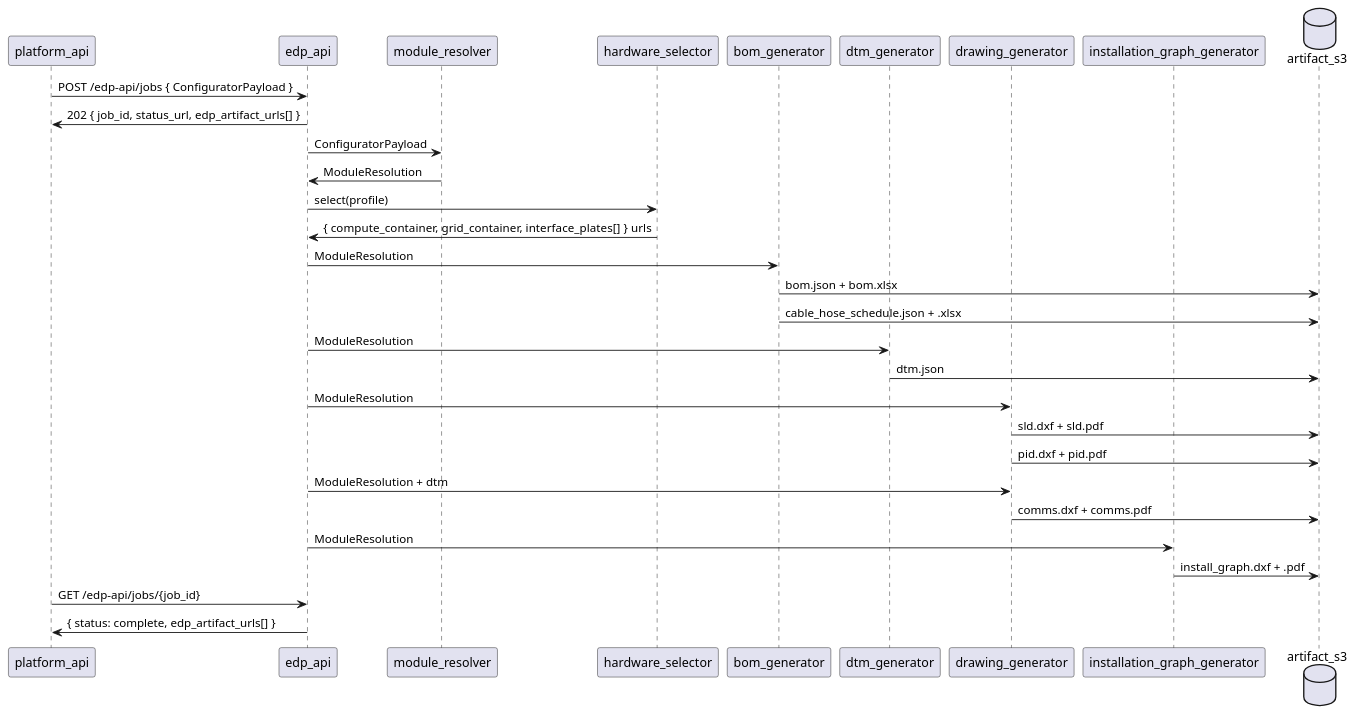
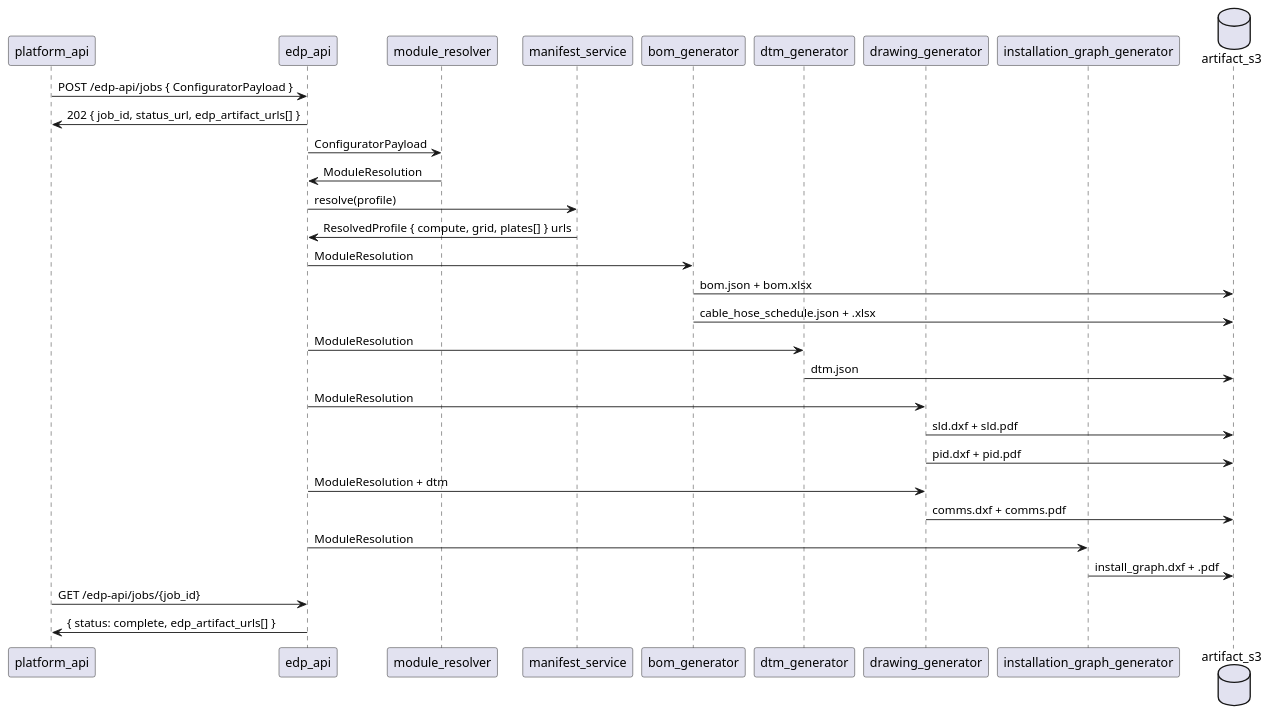
Before and after one commit to arcnode-io/edp-api: the diagram in readme.md, drawn with PlantUML. The commit also changed other lines of this file and 8 other files, not shown here.

First line of the commit message:
chore: delete hardware_selector module + map.yaml — scrub complete

````diff
--- a/readme.md
+++ b/readme.md
@@ -51,40 +51,40 @@
 ```plantuml
 participant platform_api
 participant edp_api
 participant module_resolver
-participant hardware_selector
+participant manifest_service
 participant bom_generator
 participant dtm_generator
 participant drawing_generator
 participant installation_graph_generator
 database artifact_s3
 
 platform_api -> edp_api: POST /edp-api/jobs { ConfiguratorPayload }
 edp_api -> platform_api: 202 { job_id, status_url, edp_artifact_urls[] }
 
 edp_api -> module_resolver: ConfiguratorPayload
 module_resolver -> edp_api: ModuleResolution
 
-edp_api -> hardware_selector: select(profile)
-hardware_selector -> edp_api: { compute_container, grid_container, interface_plates[] } urls
+edp_api -> manifest_service: resolve(profile)
+manifest_service -> edp_api: ResolvedProfile { compute, grid, plates[] } urls
 
 edp_api -> bom_generator: ModuleResolution
 bom_generator -> artifact_s3: bom.json + bom.xlsx
 bom_generator -> artifact_s3: cable_hose_schedule.json + .xlsx
 
 edp_api -> dtm_generator: ModuleResolution
 dtm_generator -> artifact_s3: dtm.json
 
 edp_api -> drawing_generator: ModuleResolution
 drawing_generator -> artifact_s3: sld.dxf + sld.pdf
 drawing_generator -> artifact_s3: pid.dxf + pid.pdf
 
 edp_api -> drawing_generator: ModuleResolution + dtm
 drawing_generator -> artifact_s3: comms.dxf + comms.pdf
 
 edp_api -> installation_graph_generator: ModuleResolution
 installation_graph_generator -> artifact_s3: install_graph.dxf + .pdf
 
 platform_api -> edp_api: GET /edp-api/jobs/{job_id}
 edp_api -> platform_api: { status: complete, edp_artifact_urls[] }
 ```
````
